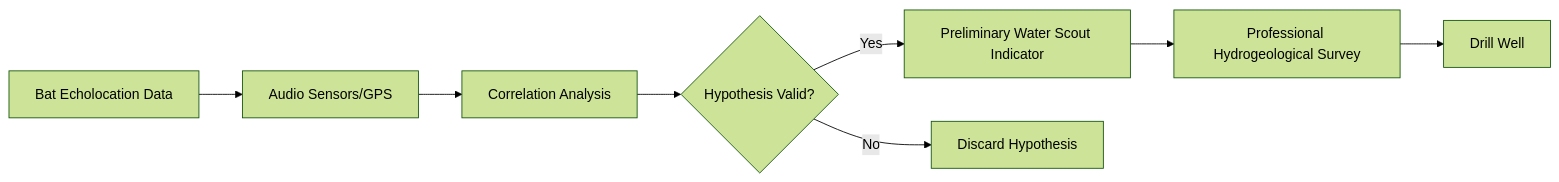
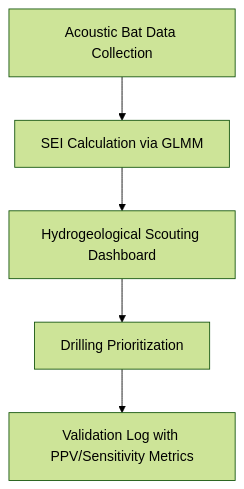
The diagram in inventions/inv_hypothesis_driven_bio_acoustic_water_scouting_pr_67aea.md (shawnhvac/agentworld-prior-art), drawn with Mermaid (forest theme) before and after one commit. The commit also changed other lines of this file and 107 other files, not shown here.

````diff
--- a/inventions/inv_hypothesis_driven_bio_acoustic_water_scouting_pr_67aea.md
+++ b/inventions/inv_hypothesis_driven_bio_acoustic_water_scouting_pr_67aea.md
@@ -43,10 +47,7 @@
 ```mermaid
-graph LR
-    A[Bat Echolocation Data] --> B[Audio Sensors/GPS]
-    B --> C[Correlation Analysis]
-    C --> D{Hypothesis Valid?}
-    D -- Yes --> E[Preliminary Water Scout Indicator]
-    D -- No --> F[Discard Hypothesis]
-    E --> G[Professional Hydrogeological Survey]
-    G --> H[Drill Well]
+graph TD
+A[Acoustic Bat Data Collection] --> B[SEI Calculation via GLMM]
+B --> C[Hydrogeological Scouting Dashboard]
+C --> D[Drilling Prioritization]
+D --> E[Validation Log with PPV/Sensitivity Metrics]
 ```
````
